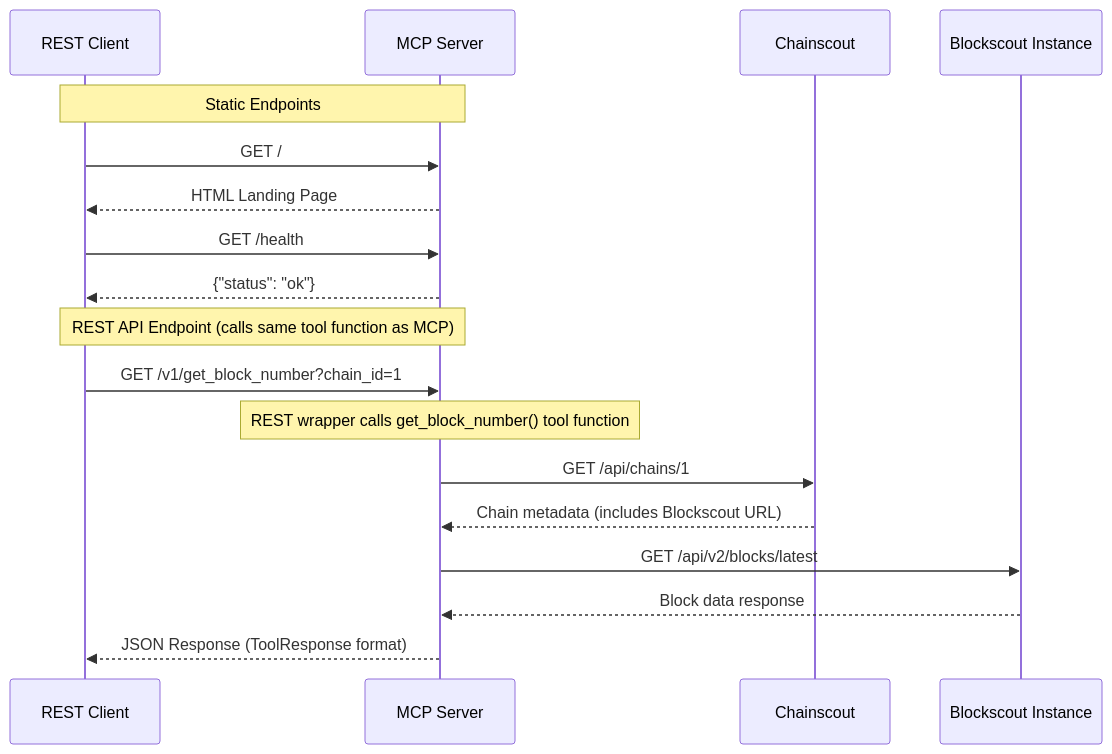
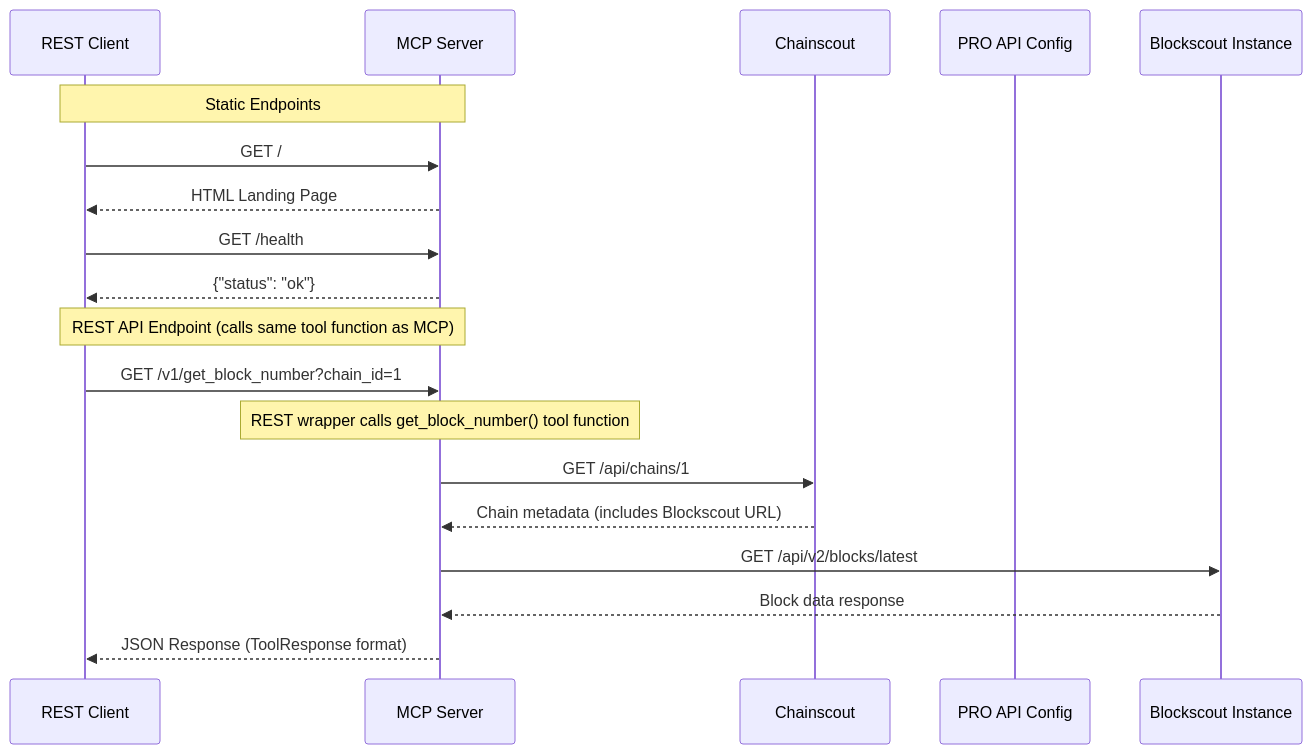
One commit to blockscout/mcp-server changed the second of 3 diagrams in SPEC.md. Above: the diagram before and after it, drawn with Mermaid. The commit also changed other lines of this file and 4 other files, not shown here.

Commit message:
Fill remaining PRO API plan gaps in spec and tests

````diff
--- a/SPEC.md
+++ b/SPEC.md
@@ -118,23 +125,24 @@
 ```mermaid
 sequenceDiagram
     participant REST as REST Client
     participant MCP as MCP Server
     participant CS as Chainscout
+    participant ProAPI as PRO API Config
     participant BS as Blockscout Instance
 
     Note over REST, MCP: Static Endpoints
     REST->>MCP: GET /
     MCP-->>REST: HTML Landing Page
 
     REST->>MCP: GET /health
     MCP-->>REST: {"status": "ok"}
 
     Note over REST, MCP: REST API Endpoint (calls same tool function as MCP)
     REST->>MCP: GET /v1/get_block_number?chain_id=1
     Note over MCP: REST wrapper calls get_block_number() tool function
     MCP->>CS: GET /api/chains/1
     CS-->>MCP: Chain metadata (includes Blockscout URL)
     MCP->>BS: GET /api/v2/blocks/latest
     BS-->>MCP: Block data response
     MCP-->>REST: JSON Response (ToolResponse format)
 ```
````
